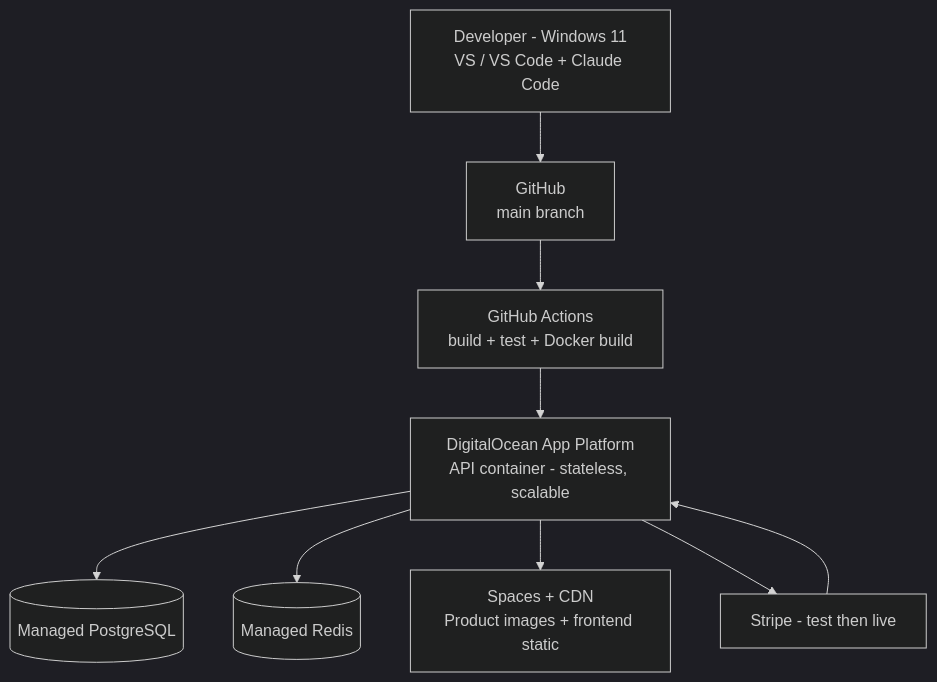
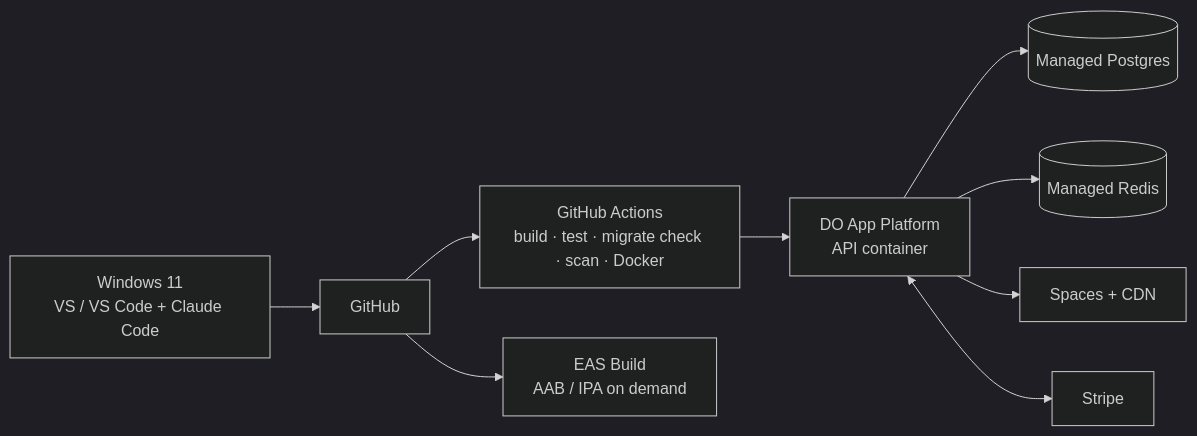
The sixth of 6 diagrams in docs/ecommerce-architecture.md (robmars123/Ecommerce), drawn with Mermaid (dark theme) before and after one commit. The commit also changed other lines of this file and 227 other files, not shown here.

````diff
--- a/docs/ecommerce-architecture.md
+++ b/docs/ecommerce-architecture.md
@@ -576,20 +565,11 @@
 ```mermaid
-flowchart TB
-    Dev[Developer - Windows 11<br/>VS / VS Code + Claude Code]
-    GH[GitHub<br/>main branch]
-    CI[GitHub Actions<br/>build + test + Docker build]
-    DO[DigitalOcean App Platform<br/>API container - stateless, scalable]
-    PG[(Managed PostgreSQL)]
-    RD[(Managed Redis)]
-    SP[Spaces + CDN<br/>Product images + frontend static]
-    ST[Stripe - test then live]
-
-    Dev --> GH
-    GH --> CI
-    CI --> DO
-    DO --> PG
-    DO --> RD
-    DO --> SP
-    DO --> ST
-    ST --> DO
+flowchart LR
+    Dev[Windows 11<br/>VS / VS Code + Claude Code] --> GH[GitHub]
+    GH --> CI[GitHub Actions<br/>build · test · migrate check · scan · Docker]
+    CI --> DO[DO App Platform<br/>API container]
+    GH --> EAS[EAS Build<br/>AAB / IPA on demand]
+    DO --> PG[(Managed Postgres)]
+    DO --> RD[(Managed Redis)]
+    DO --> SP[Spaces + CDN]
+    DO <--> ST[Stripe]
 ```
````
